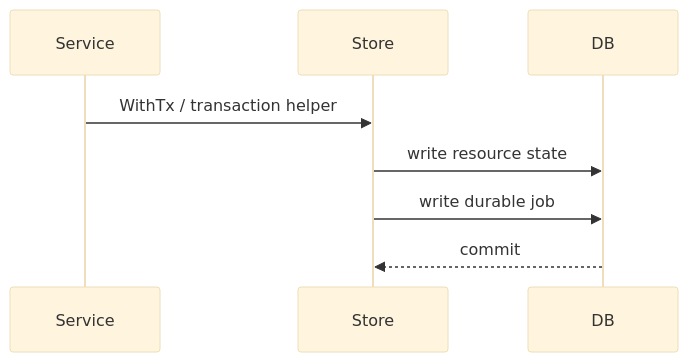
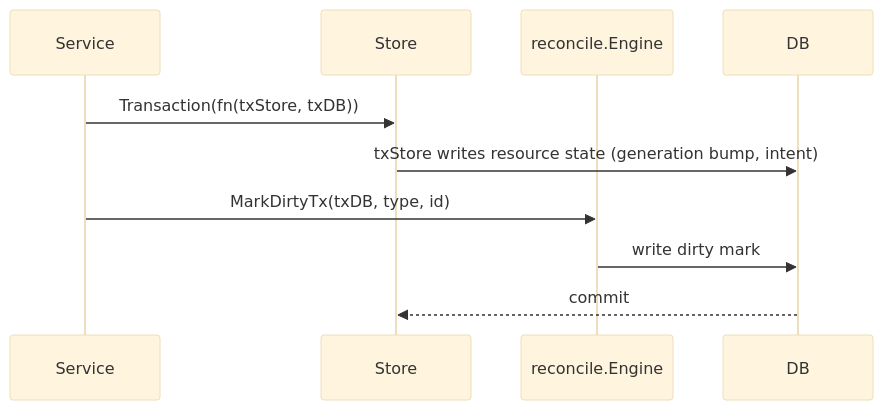
One commit to discobox-ai/discobox changed the second of 2 diagrams in server/internal/store/DESIGN.md. Above: the diagram before and after it, drawn with Mermaid (base theme). The commit also changed other lines of this file and 37 other files, not shown here.

````diff
--- a/server/internal/store/DESIGN.md
+++ b/server/internal/store/DESIGN.md
@@ -29,11 +37,13 @@
 ```mermaid
 sequenceDiagram
     participant Service
     participant Store
+    participant Engine as reconcile.Engine
     participant DB
 
-    Service->>Store: WithTx / transaction helper
-    Store->>DB: write resource state
-    Store->>DB: write durable job
+    Service->>Store: Transaction(fn(txStore, txDB))
+    Store->>DB: txStore writes resource state (generation bump, intent)
+    Service->>Engine: MarkDirtyTx(txDB, type, id)
+    Engine->>DB: write dirty mark
     DB-->>Store: commit
 ```
````
